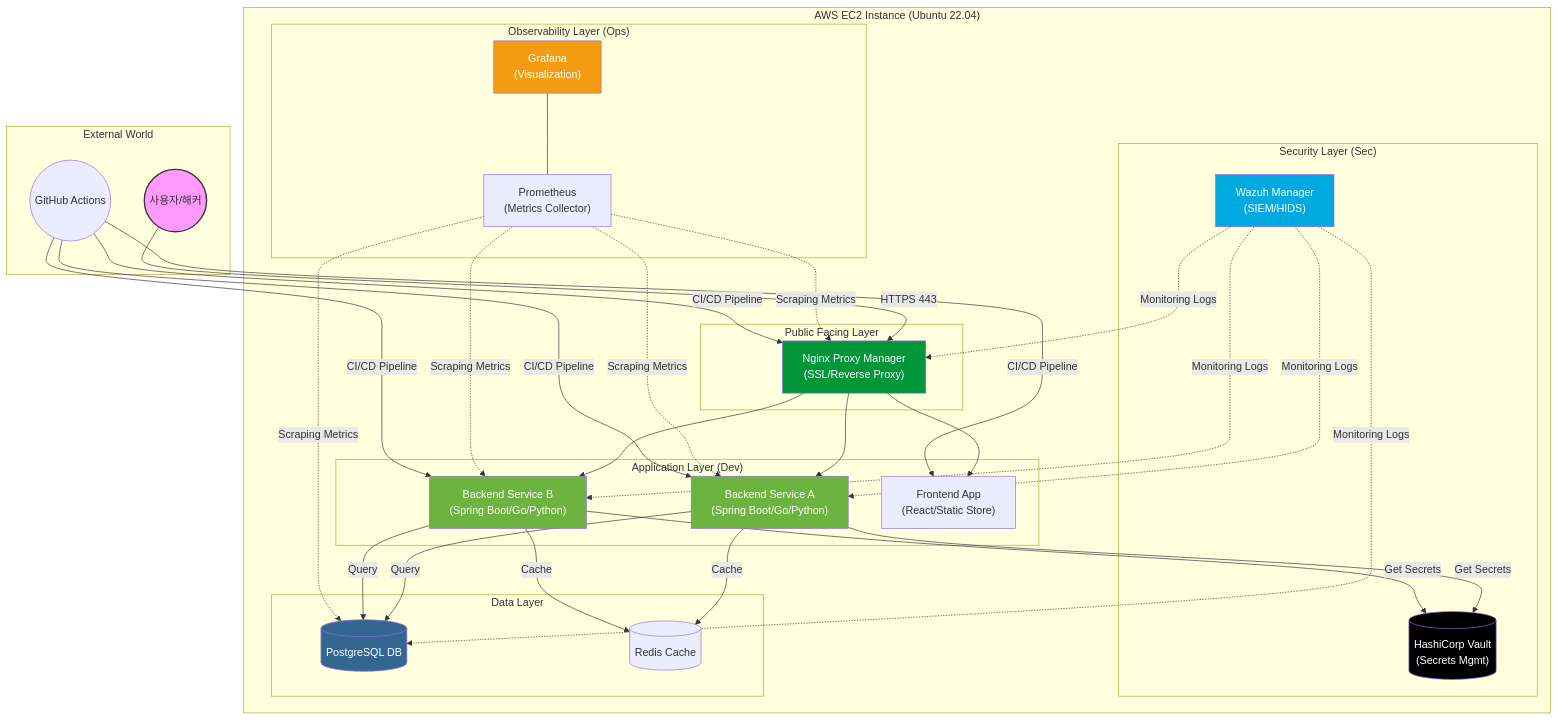
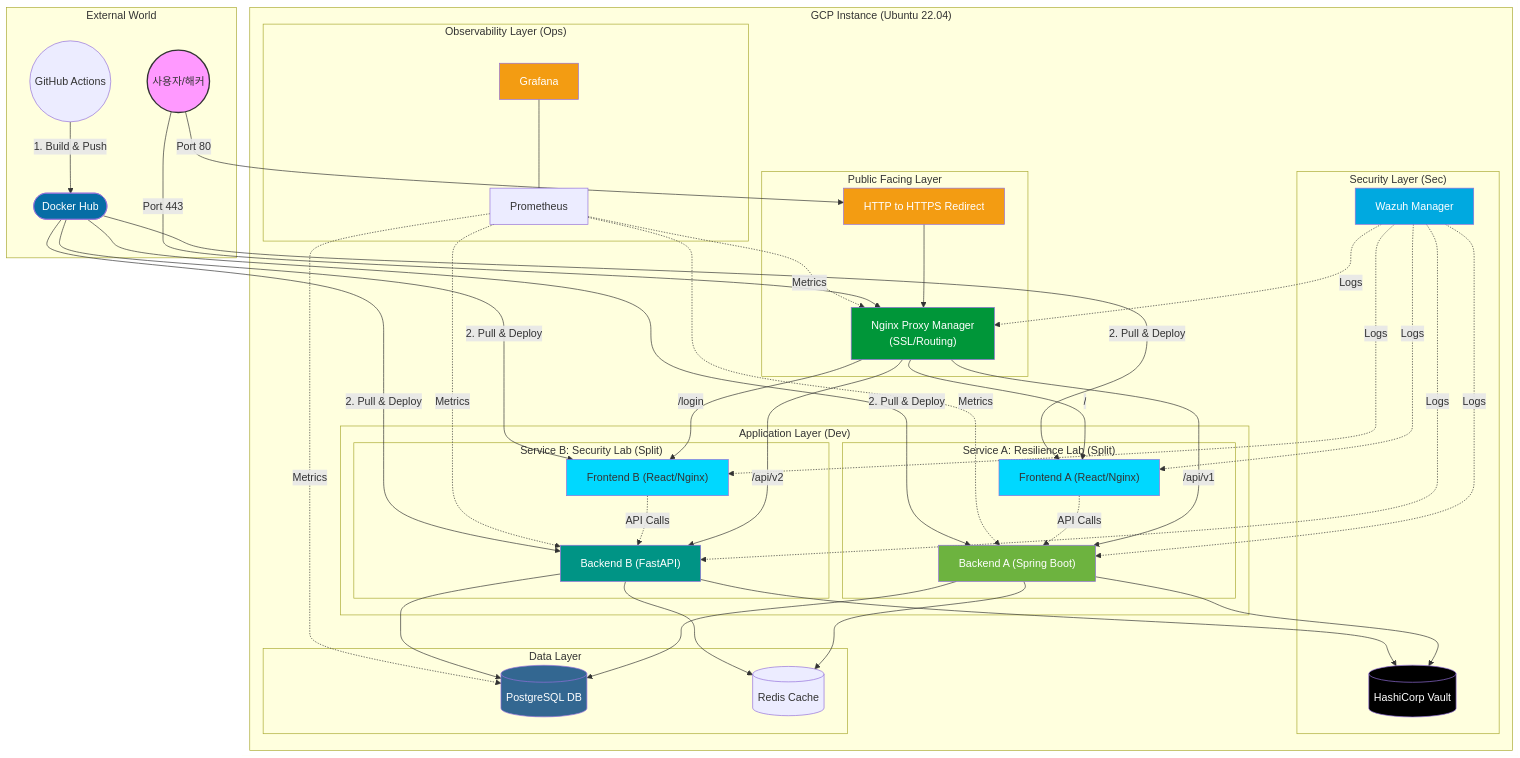
Before and after one commit to ghghghzzp1/self-managed-infrastructure: the diagram in architecture.mmd, drawn with Mermaid. The commit also changed 14 other files, not shown here.

```diff
--- a/architecture.mmd
+++ b/architecture.mmd
@@ -1,58 +1,84 @@
 graph TD
-    subgraph "External World"
-        User((사용자/해커))
-        GitHub((GitHub Actions))
+subgraph "External World"
+    User((사용자/해커))
+    GitHub((GitHub Actions))
+    DHub([Docker Hub])
+end
+
+subgraph "GCP Instance (Ubuntu 22.04)"
+    
+    subgraph "Public Facing Layer"
+        NPM["Nginx Proxy Manager<br/>(SSL/Routing)"]
+        Redirect["HTTP to HTTPS Redirect"]
     end
 
-    subgraph "AWS EC2 Instance (Ubuntu 22.04)"
-
-        subgraph "Public Facing Layer"
-            NPM["Nginx Proxy Manager<br/>(SSL/Reverse Proxy)"]
-        end
-
-        subgraph "Security Layer (Sec)"
-            Vault[("HashiCorp Vault<br/>(Secrets Mgmt)")]
-            Wazuh["Wazuh Manager<br/>(SIEM/HIDS)"]
-        end
-
-        subgraph "Application Layer (Dev)"
-            BE1["Backend Service A<br/>(Spring Boot/Go/Python)"]
-            BE2["Backend Service B<br/>(Spring Boot/Go/Python)"]
-            FE["Frontend App<br/>(React/Static Store)"]
-        end
-
-        subgraph "Data Layer"
-            Postgres[("PostgreSQL DB")]
-            Redis[("Redis Cache")]
-        end
-
-        subgraph "Observability Layer (Ops)"
-            Prom["Prometheus<br/>(Metrics Collector)"]
-            Grafana["Grafana<br/>(Visualization)"]
-        end
-
-        %% Connections
-        User -->|HTTPS 443| NPM
-        NPM --> FE
-        NPM --> BE1
-        NPM --> BE2
-
-        BE1 & BE2 -->|Get Secrets| Vault
-        BE1 & BE2 -->|Query| Postgres
-        BE1 & BE2 -->|Cache| Redis
-
-        Wazuh -.->|Monitoring Logs| BE1 & BE2 & NPM & Postgres
-        Prom -.->|Scraping Metrics| BE1 & BE2 & Postgres & NPM
-        Grafana --- Prom
-
-        GitHub -->|CI/CD Pipeline| NPM & BE1 & BE2 & FE
+    subgraph "Security Layer (Sec)"
+        Vault[("HashiCorp Vault")]
+        Wazuh["Wazuh Manager"]
     end
 
-    style User fill:#f9f,stroke:#333,stroke-width:2px
-    style NPM fill:#009639,color:#fff
-    style Vault fill:#000,color:#fff
-    style Wazuh fill:#00a9e0,color:#fff
-    style BE1 fill:#6db33f,color:#fff
-    style BE2 fill:#6db33f,color:#fff
-    style Postgres fill:#336791,color:#fff
-    style Grafana fill:#f39c12,color:#fff
+    subgraph "Application Layer (Dev)"
+        subgraph "Service A: Resilience Lab (Split)"
+            FE1["Frontend A (React/Nginx)"]
+            BE1["Backend A (Spring Boot)"]
+        end
+        
+        subgraph "Service B: Security Lab (Split)"
+            FE2["Frontend B (React/Nginx)"]
+            BE2["Backend B (FastAPI)"]
+        end
+    end
+
+    subgraph "Data Layer"
+        Postgres[("PostgreSQL DB")]
+        Redis[("Redis Cache")]
+    end
+
+    subgraph "Observability Layer (Ops)"
+        Prom["Prometheus"]
+        Grafana["Grafana"]
+    end
+
+    %% Routing Logic
+    User -->|Port 80| Redirect
+    Redirect --> NPM
+    User -->|Port 443| NPM
+    
+    %% Service A Routing
+    NPM -->|/| FE1
+    NPM -->|/api/v1| BE1
+    
+    %% Service B Routing
+    NPM -->|/login| FE2
+    NPM -->|/api/v2| BE2
+    
+    %% Logic Connections
+    BE1 & BE2 --> Vault
+    BE1 & BE2 --> Postgres
+    BE1 & BE2 --> Redis
+    FE1 -.->|API Calls| BE1
+    FE2 -.->|API Calls| BE2
+    
+    %% Monitoring
+    Wazuh -.->|Logs| BE1 & BE2 & FE1 & FE2 & NPM
+    Prom -.->|Metrics| BE1 & BE2 & Postgres & NPM
+    Grafana --- Prom
+    
+    %% CI/CD Flow
+    GitHub -->|1. Build & Push| DHub
+    DHub -->|2. Pull & Deploy| FE1 & BE1
+    DHub -->|2. Pull & Deploy| FE2 & BE2
+end
+
+style User fill:#f9f,stroke:#333,stroke-width:2px
+style NPM fill:#009639,color:#fff
+style Redirect fill:#f39c12,color:#fff
+style Vault fill:#000,color:#fff
+style Wazuh fill:#00a9e0,color:#fff
+style FE1 fill:#00d8ff,color:#333
+style FE2 fill:#00d8ff,color:#333
+style BE1 fill:#6db33f,color:#fff
+style BE2 fill:#009485,color:#fff
+style Postgres fill:#336791,color:#fff
+style Grafana fill:#f39c12,color:#fff
+style DHub fill:#066da5,color:#fff
```
